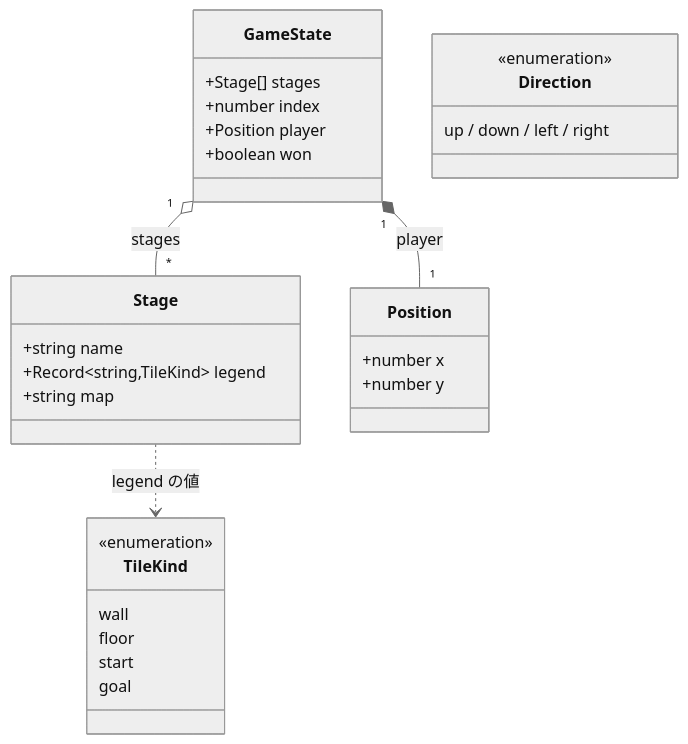
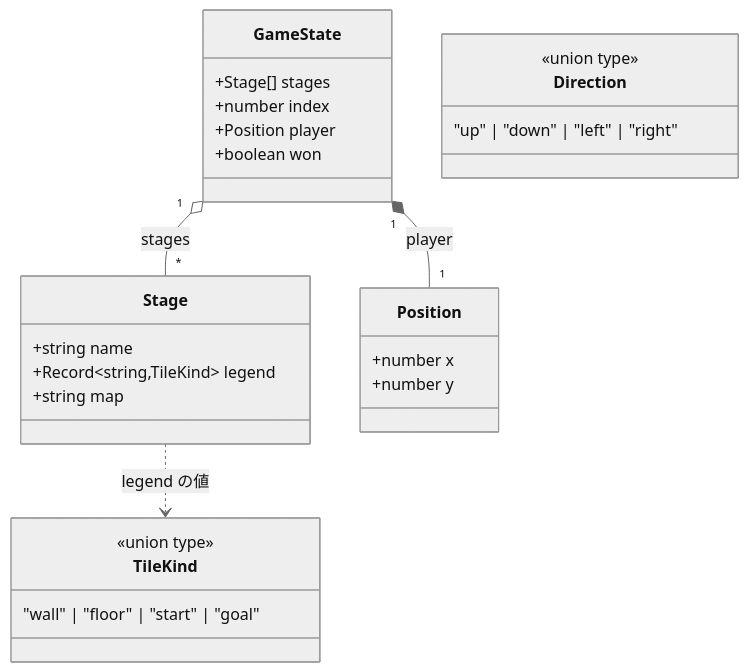
One commit to bubbleShaker/yaml-crawl changed the second of 3 diagrams in summary/architecture-uml.md. Above: the diagram before and after it, drawn with Mermaid (neutral theme). The commit also changed other lines of this file, not shown here.

First line of the commit message:
docs: レビュー指摘を反映し UML 図の正確性を改善 (#19)

````diff
--- a/summary/architecture-uml.md
+++ b/summary/architecture-uml.md
@@ -49,33 +49,30 @@
 ```mermaid
 classDiagram
     class Stage {
         +string name
         +Record~string,TileKind~ legend
         +string map
     }
     class GameState {
         +Stage[] stages
         +number index
         +Position player
         +boolean won
     }
     class Position {
         +number x
         +number y
     }
     class TileKind {
-        <<enumeration>>
-        wall
-        floor
-        start
-        goal
+        <<union type>>
+        "wall" | "floor" | "start" | "goal"
     }
     class Direction {
-        <<enumeration>>
-        up / down / left / right
+        <<union type>>
+        "up" | "down" | "left" | "right"
     }
 
     GameState "1" o-- "*" Stage : stages
     GameState "1" *-- "1" Position : player
     Stage ..> TileKind : legend の値
 ```
````
